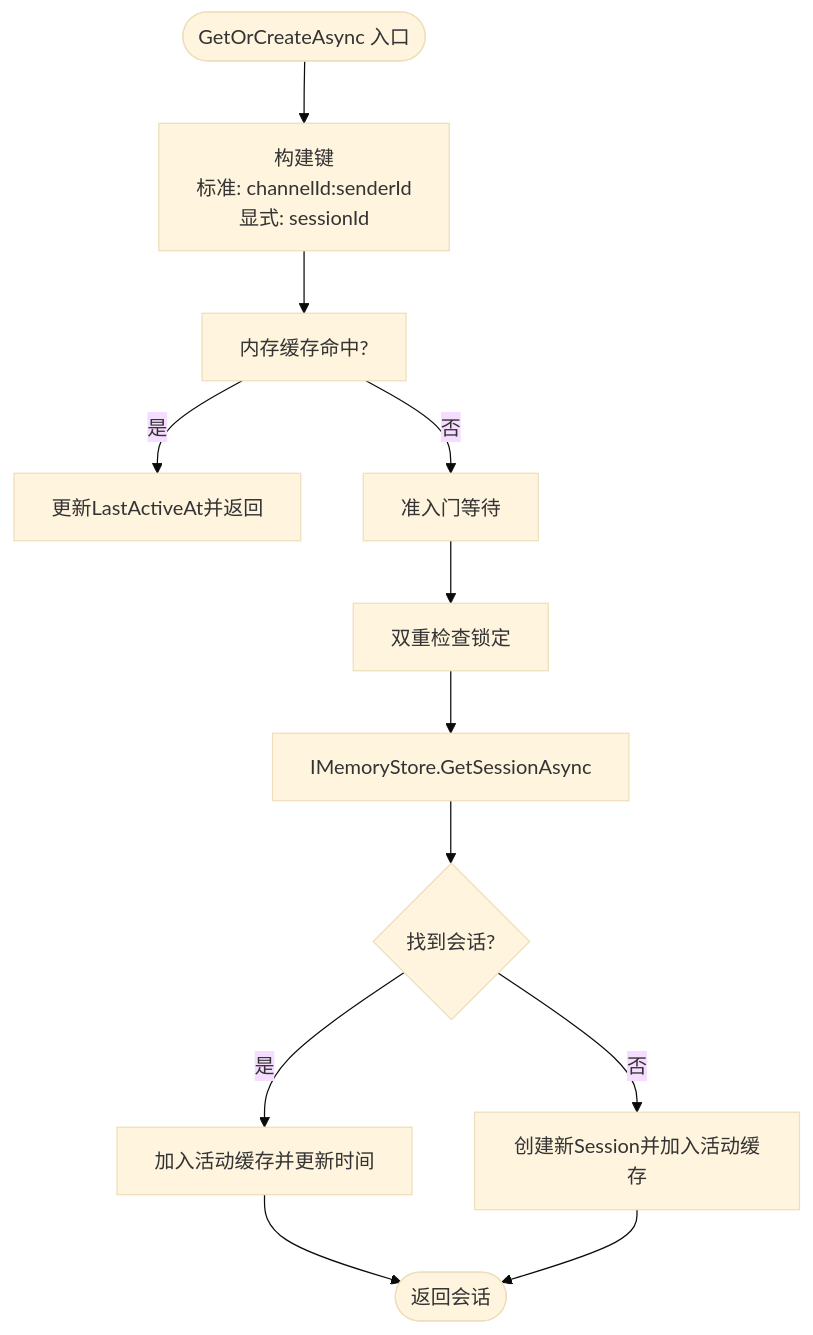
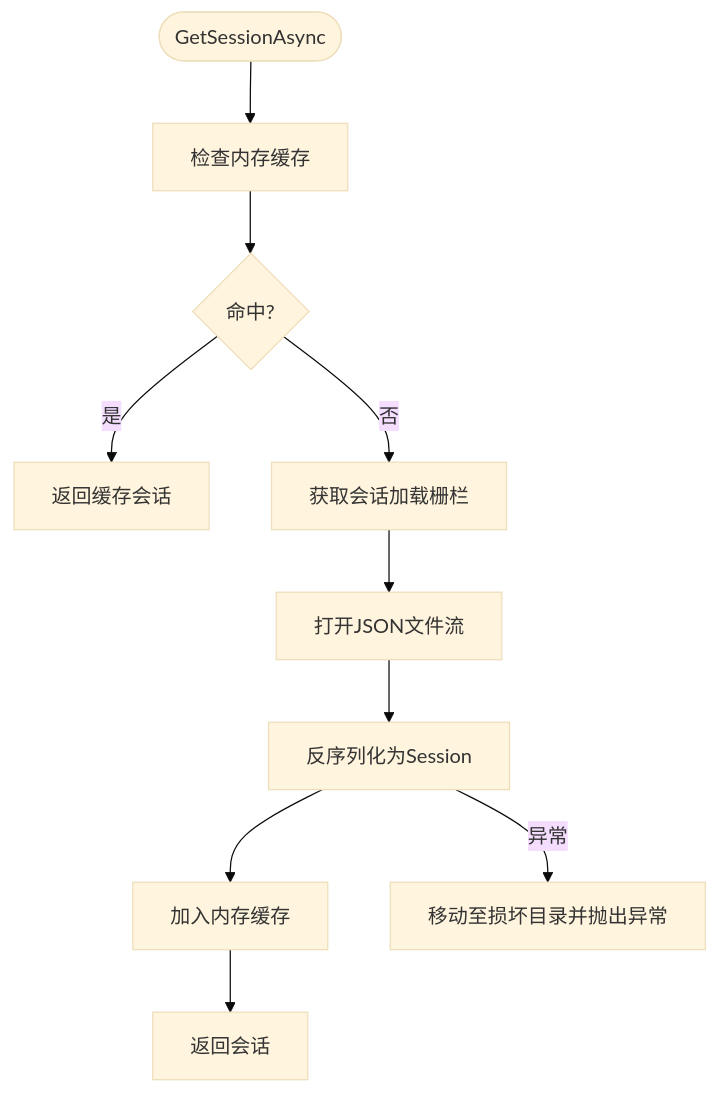
One commit to wayyet/kingcrab changed the fifth of 8 diagrams in .qoder/repowiki/zh/content/代理运行时/会话管理.md. Above: the diagram before and after it, drawn with Mermaid (base theme). The commit also changed other lines of this file and 431 other files, not shown here.

````diff
--- a/.qoder/repowiki/zh/content/代理运行时/会话管理.md
+++ b/.qoder/repowiki/zh/content/代理运行时/会话管理.md
@@ -289,14 +287,12 @@
 ```mermaid
 flowchart TD
-Start(["GetOrCreateAsync 入口"]) --> Key["构建键<br/>标准: channelId:senderId<br/>显式: sessionId"]
-Key --> CheckMem["内存缓存命中?"]
-CheckMem --> |是| Touch["更新LastActiveAt并返回"]
-CheckMem --> |否| Gate["准入门等待"]
-Gate --> DoubleCheck["双重检查锁定"]
-DoubleCheck --> LoadStore["IMemoryStore.GetSessionAsync"]
-LoadStore --> Found{"找到会话?"}
-Found --> |是| JoinActive["加入活动缓存并更新时间"]
-Found --> |否| Create["创建新Session并加入活动缓存"]
-JoinActive --> End(["返回会话"])
-Create --> End
+Start(["GetSessionAsync"]) --> CheckCache["检查内存缓存"]
+CheckCache --> CacheHit{"命中?"}
+CacheHit --> |是| ReturnCache["返回缓存会话"]
+CacheHit --> |否| Gate["获取会话加载栅栏"]
+Gate --> LoadFile["打开JSON文件流"]
+LoadFile --> Deserialize["反序列化为Session"]
+Deserialize --> CachePut["加入内存缓存"]
+CachePut --> ReturnSession["返回会话"]
+Deserialize --> |异常| Quarantine["移动至损坏目录并抛出异常"]
 ```
````
